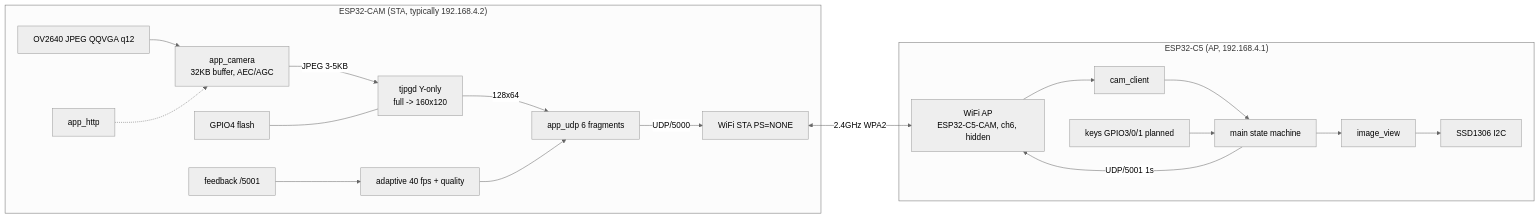
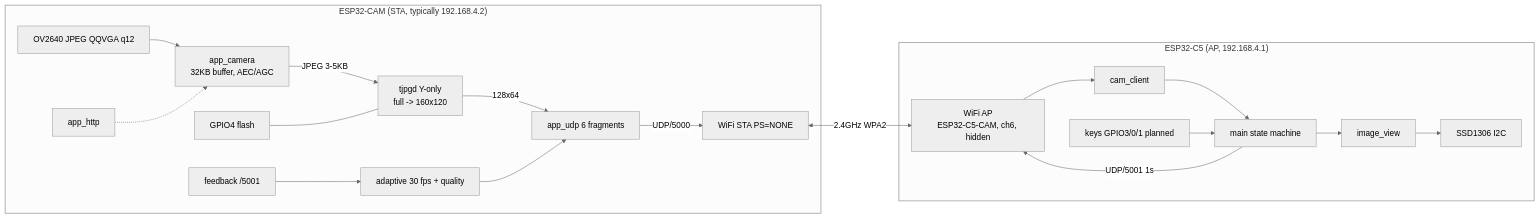
Before and after one commit to XDUPWW/ESP32-AirCamDuo: the first of 3 diagrams in docs/TECHNICAL_DESIGN.md, drawn with Mermaid (neutral theme). The commit also changed other lines of this file and 10 other files, not shown here.

````diff
--- a/docs/TECHNICAL_DESIGN.md
+++ b/docs/TECHNICAL_DESIGN.md
@@ -183,22 +183,22 @@
 ```mermaid
 flowchart LR
   subgraph CAM["ESP32-CAM (STA, typically 192.168.4.2)"]
     S[OV2640 JPEG QQVGA q12] --> C[app_camera<br/>32KB buffer, AEC/AGC]
     C -->|JPEG 3-5KB| D[tjpgd Y-only<br/>full -> 160x120]
     D -->|128x64| U[app_udp 6 fragments]
     U -->|UDP/5000| W1[WiFi STA PS=NONE]
-    F[feedback /5001] --> R[adaptive 40 fps + quality]
+    F[feedback /5001] --> R[adaptive 30 fps + quality]
     R --> U
     L[GPIO4 flash] --- D
     H[app_http] -.-> C
   end
   subgraph C5["ESP32-C5 (AP, 192.168.4.1)"]
     W2[WiFi AP<br/>ESP32-C5-CAM, ch6, hidden] --> RX[cam_client]
     RX --> M[main state machine]
     M --> V[image_view]
     V --> O[SSD1306 I2C]
     M -->|UDP/5001 1s| W2
     B[keys GPIO3/0/1 planned] --> M
   end
   W1 <-->|2.4GHz WPA2| W2
 ```
````
